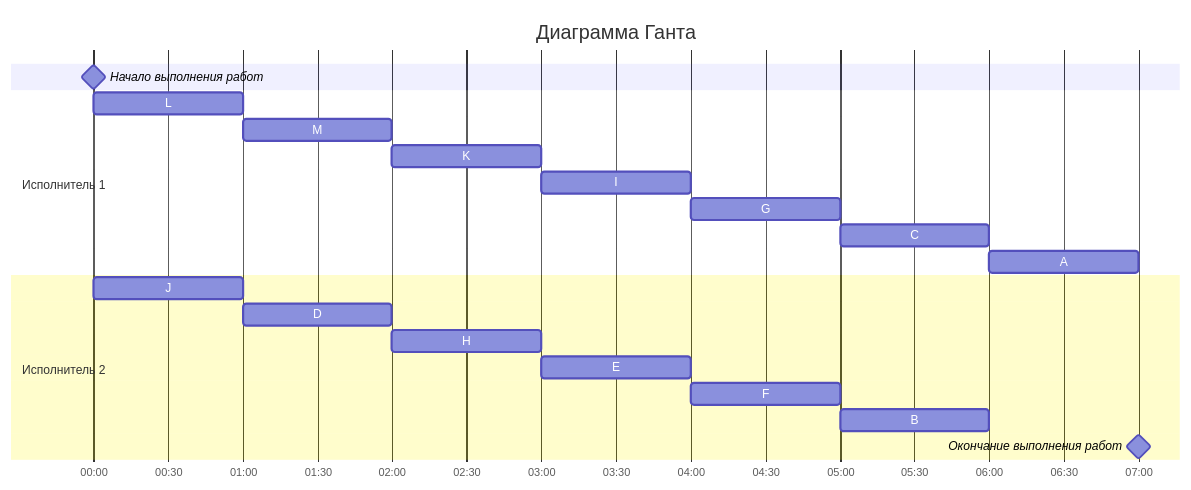
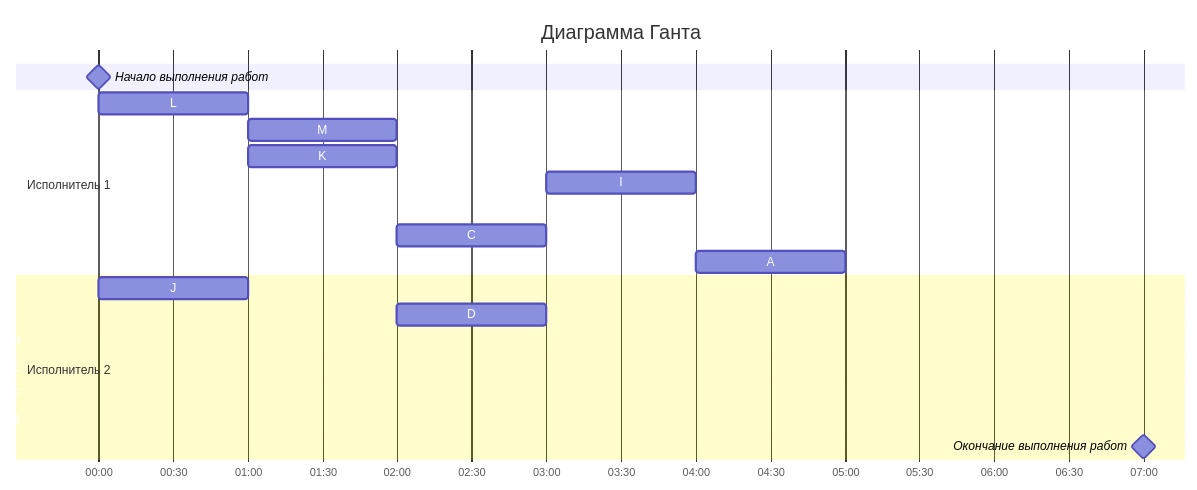
Before and after one commit to hse-algo-24-owl/manual-tasks-owl: the fourth of 4 diagrams in task-7/ewup.md, drawn with Mermaid. The commit also changed other lines of this file, not shown here.

````diff
--- a/task-7/ewup.md
+++ b/task-7/ewup.md
@@ -92,23 +92,23 @@
 ```mermaid
 gantt
     title Диаграмма Ганта
     dateFormat HH:mm
     axisFormat %H:%M
     Начало выполнения работ : milestone, m1, 00:00, 0h
     section Исполнитель 1
     L         :l, 00:00, 1h
-    M         :m, after l, 1h
-    K         :k, after m, 1h
-    I         :i, after k, 1h
-    G         :g, after i, 1h
-    C         :c, after g, 1h
-    A         :a, after c, 1h
+    M         :j, after l, 1h
+    K         :g, after m, 1h
+    I         :c, after k, 1h
+    G         :d, after i, 1h
+    C         :a, after g, 1h
+    A         :b, after c, 1h
     section Исполнитель 2
-    J         :j, 00:00, 1h
-    D         :d, after j, 1h
-    H         :h, after d, 1h
-    E         :e, after h, 1h
-    F         :f, after e, 1h
-    B         :b, after f, 1h
+    J         :m, 00:00, 1h
+    D         :k, after j, 1h
+    H         :i, after d, 1h
+    E         :h, after h, 1h
+    F         :e, after e, 1h
+    B         :f, after f, 1h
     Окончание выполнения работ : milestone, m2, 07:00, 0h
 ```
````
